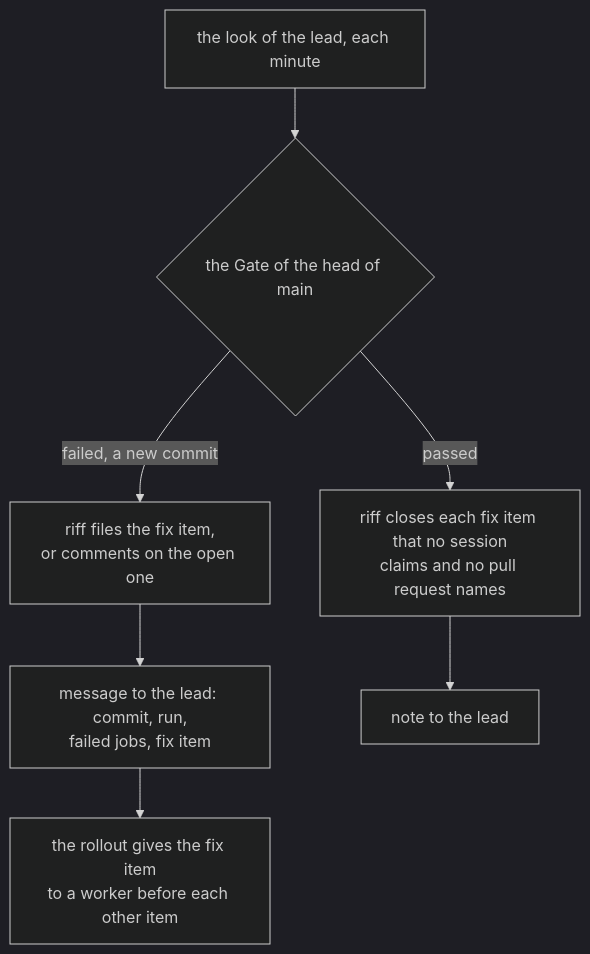
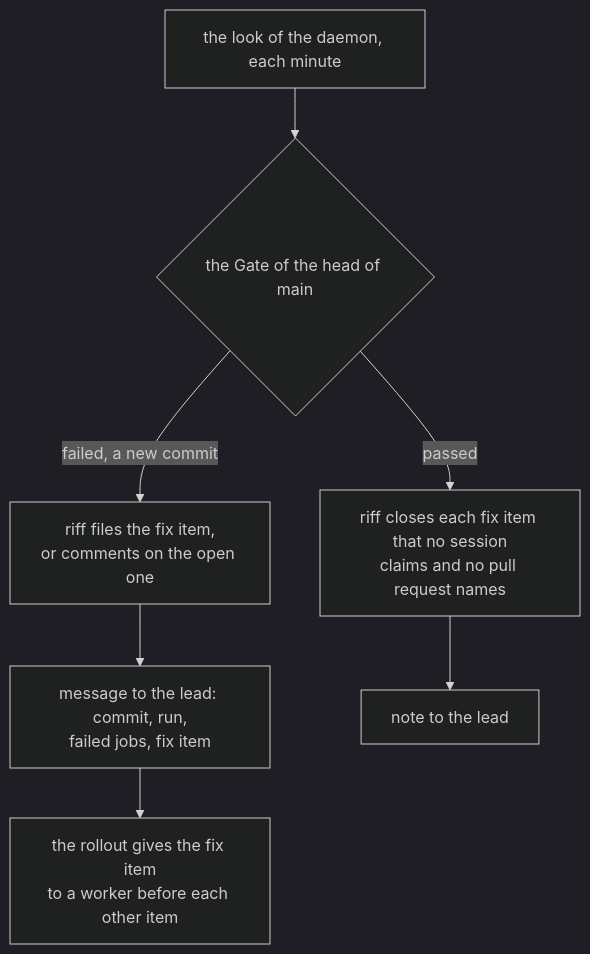
Diagram 25 of 58 in docs/src/how-it-works.md (como-technologies/riff), drawn with Mermaid (dark theme) before and after one commit. The commit also changed other lines of this file and 6 other files, not shown here.

First line of the commit message:
The daemon runs the look of each wave: main breaks, a pull request stops (#1376)

````diff
--- a/docs/src/how-it-works.md
+++ b/docs/src/how-it-works.md
@@ -1839,9 +1841,9 @@
 ```mermaid
 flowchart TD
-    L["the look of the lead, each minute"] --> G{"the Gate of the head of main"}
+    L["the look of the daemon, each minute"] --> G{"the Gate of the head of main"}
     G -- "failed, a new commit" --> F["riff files the fix item,<br/>or comments on the open one"]
     F --> M["message to the lead: commit, run,<br/>failed jobs, fix item"]
     M --> W["the rollout gives the fix item<br/>to a worker before each other item"]
     G -- passed --> C["riff closes each fix item that no session<br/>claims and no pull request names"]
     C --> N["note to the lead"]
 ```
````
